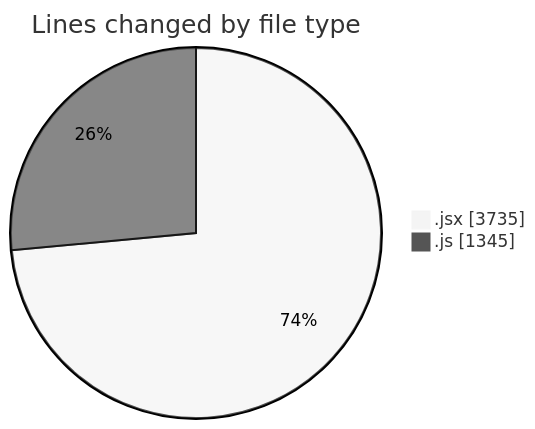
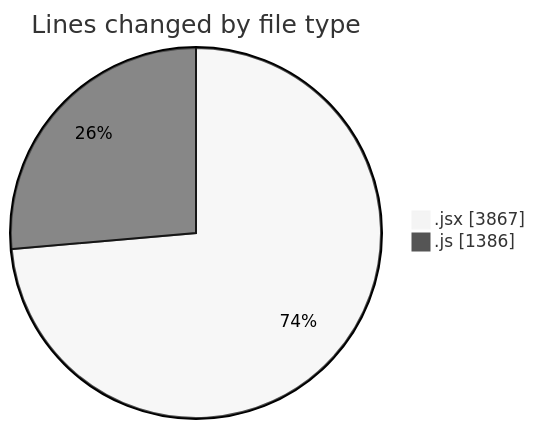
Before and after one commit to nxtqubesakshisongat/code-tracking: the first of 2 diagrams in 2025-11-06/nxtqube_webapp/README.md, drawn with Mermaid (neutral theme). The commit also changed other lines of this file and 1 other file, not shown here.

````diff
--- a/2025-11-06/nxtqube_webapp/README.md
+++ b/2025-11-06/nxtqube_webapp/README.md
@@ -29,6 +30,6 @@
 ```mermaid
 pie showData
 title Lines changed by file type
-".jsx" : 3735
-".js" : 1345
+".jsx" : 3867
+".js" : 1386
 ```
````
